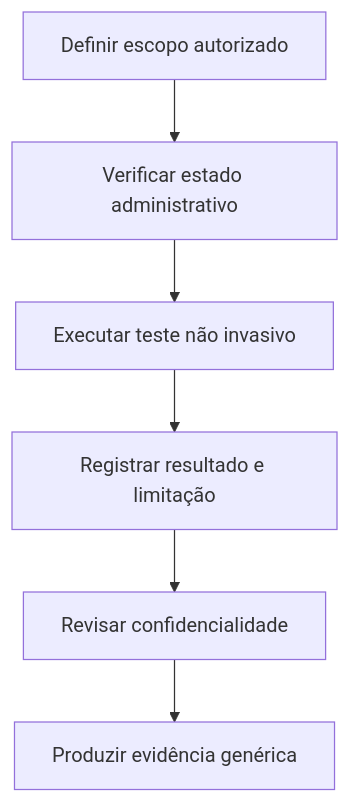
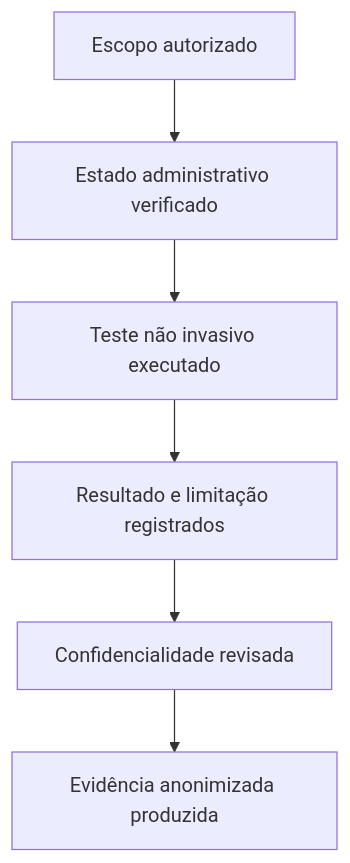
Before and after one commit to GabrielCerqm/m365-sharepoint-exchange-implementation: the diagram in diagrams/processo-validacao.md, drawn with Mermaid. The commit also changed other lines of this file and 21 other files, not shown here.

````diff
--- a/diagrams/processo-validacao.md
+++ b/diagrams/processo-validacao.md
@@ -3,8 +3,8 @@
 ```mermaid
 flowchart TB
-    SCOPE["Definir escopo autorizado"] --> ADMIN["Verificar estado administrativo"]
-    ADMIN --> SAFE["Executar teste não invasivo"]
-    SAFE --> RECORD["Registrar resultado e limitação"]
-    RECORD --> REVIEW["Revisar confidencialidade"]
-    REVIEW --> OUTPUT["Produzir evidência genérica"]
+    SCOPE["Escopo autorizado"] --> ADMIN["Estado administrativo verificado"]
+    ADMIN --> SAFE["Teste não invasivo executado"]
+    SAFE --> RECORD["Resultado e limitação registrados"]
+    RECORD --> REVIEW["Confidencialidade revisada"]
+    REVIEW --> OUTPUT["Evidência anonimizada produzida"]
 ```
````
